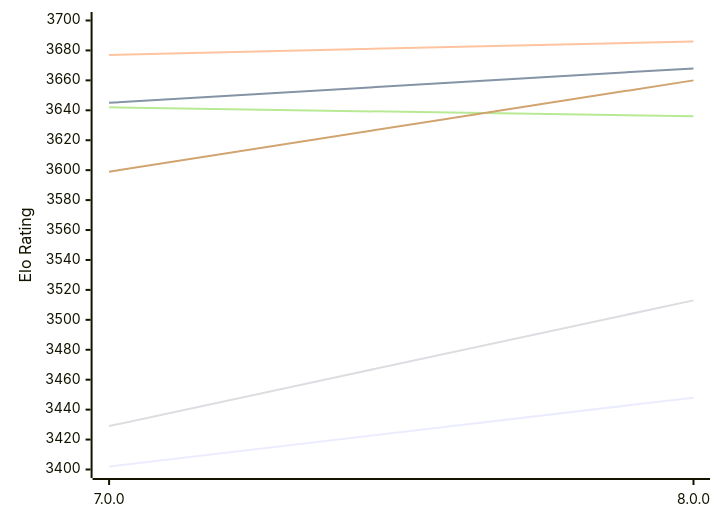
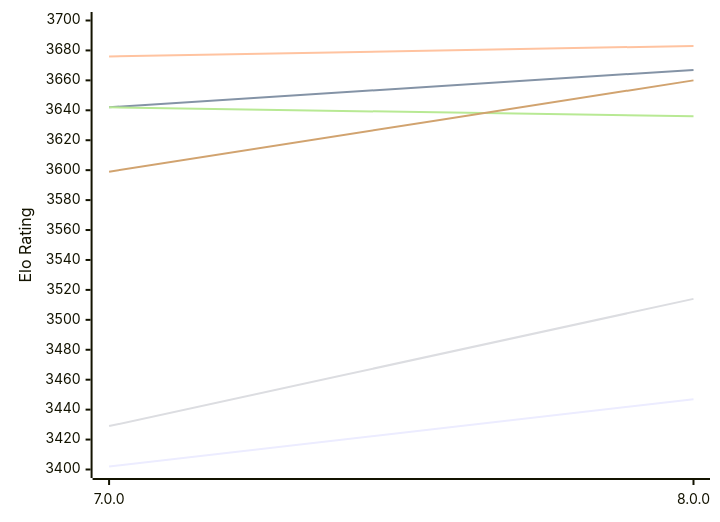
One commit to computer-chess-index/cci changed the first of 2 diagrams in engines/PlentyChess.md. Above: the diagram before and after it, drawn with Mermaid. The commit also changed other lines of this file, not shown here.

Commit message:
Update CCI Ratings (ELO VLTC) - 2026-11-28

````diff
--- a/engines/PlentyChess.md
+++ b/engines/PlentyChess.md
@@ -55,12 +55,12 @@
 ```mermaid
 %%{init: {"theme":"base","themeVariables":{"seriesColors:['#a3a3a3','#222221','#faa371']}}}%%
 xychart-beta
   x-axis ["7.0.0", "8.0.0"]
   y-axis "Elo Rating" 3400 --> 3700
-  line "E1: STC (8.0+0.08s)" [3402, 3448]
-  line "E1: LTC (60.0+0.60s)" [3645, 3668]
-  line "E1: VLTC (2m24s+1.12s)" [3677, 3686]
-  line "P1: STC (8.0+0.08s)" [3429, 3513]
+  line "E1: STC (8.0+0.08s)" [3402, 3447]
+  line "E1: LTC (60.0+0.60s)" [3642, 3667]
+  line "E1: VLTC (2m24s+1.12s)" [3676, 3683]
+  line "P1: STC (8.0+0.08s)" [3429, 3514]
   line "P1: LTC (60.0+0.60s)" [3642, 3636]
   line "P1: VLTC (2m24s+1.12s)" [3599, 3660]
 ```
````
